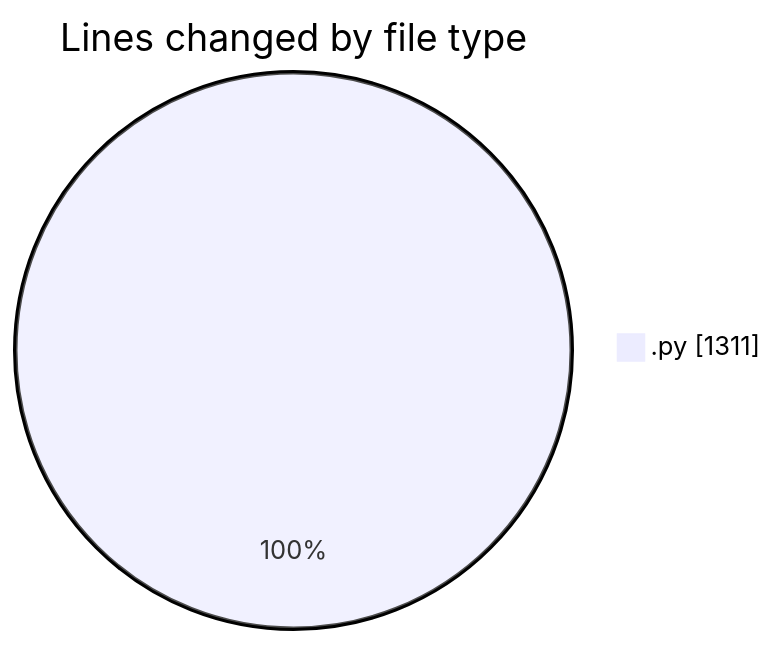
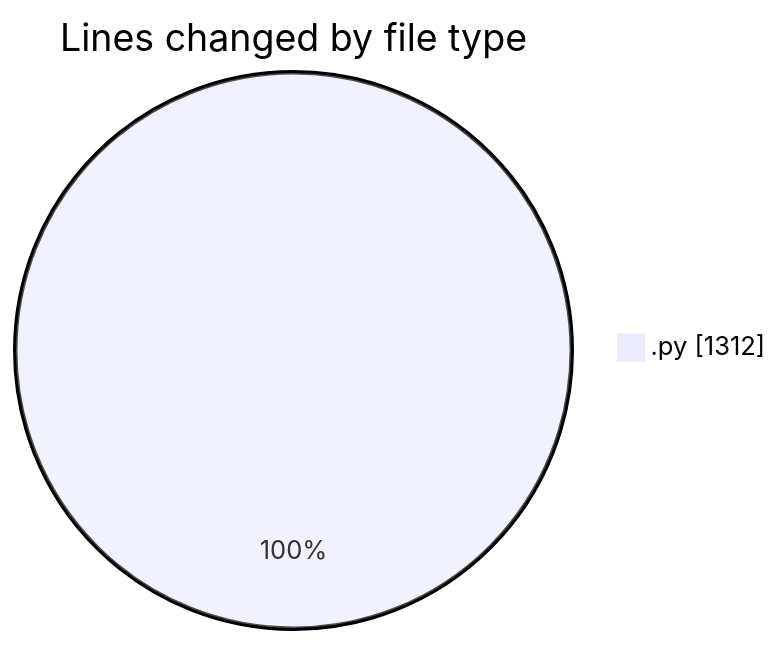
One commit to julien-gomy/code-tracking changed the first of 2 diagrams in 2025-10-10/eventscop-api-guide__workspace_/README.md. Above: the diagram before and after it, drawn with Mermaid. The commit also changed other lines of this file and 1 other file, not shown here.

````diff
--- a/2025-10-10/eventscop-api-guide__workspace_/README.md
+++ b/2025-10-10/eventscop-api-guide__workspace_/README.md
@@ -23,5 +23,5 @@
 ```mermaid
 pie showData
 title Lines changed by file type
-".py" : 1311
+".py" : 1312
 ```
````
